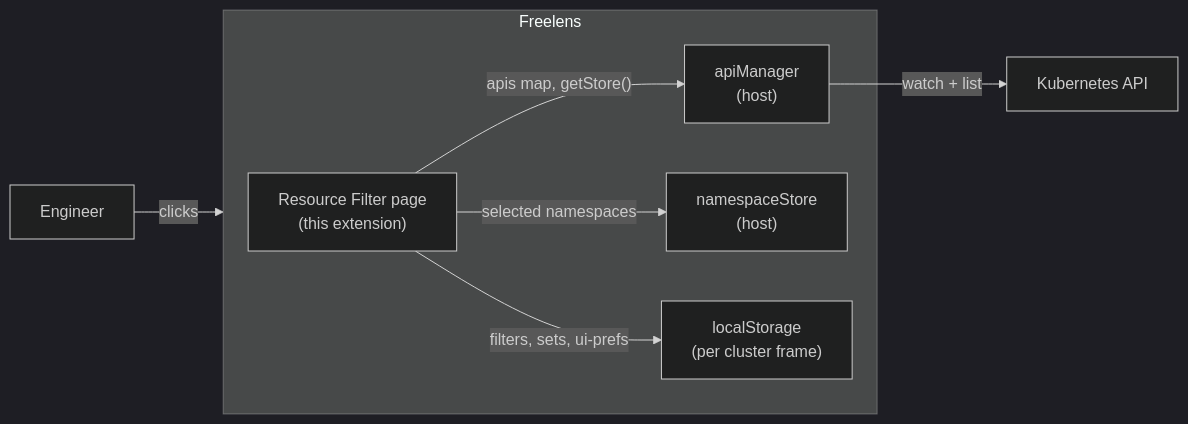
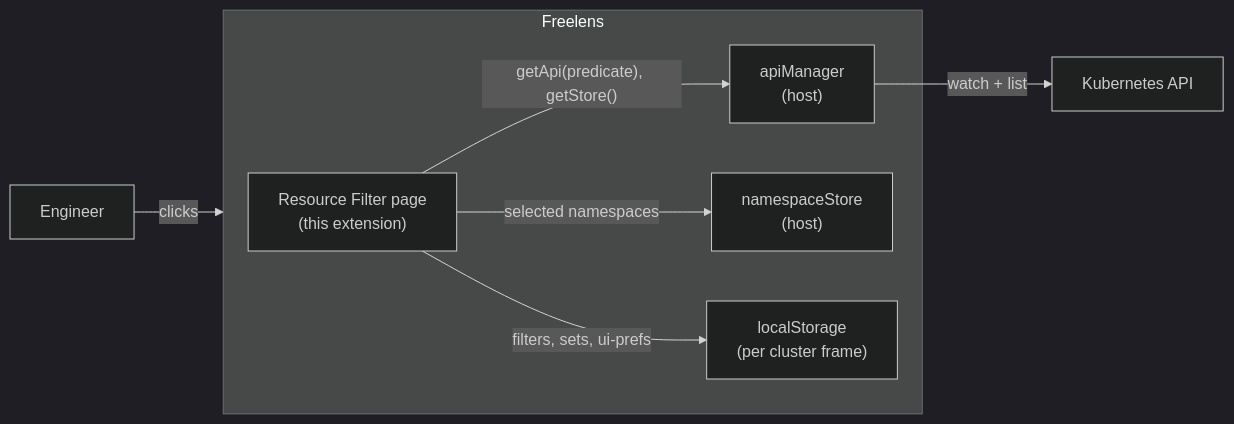
The first of 2 diagrams in docs/ARCHITECTURE.md (mojish/freelens-resource-filter-extension), drawn with Mermaid (dark theme) before and after one commit. The commit also changed other lines of this file and 23 other files, not shown here.

````diff
--- a/docs/ARCHITECTURE.md
+++ b/docs/ARCHITECTURE.md
@@ -24,14 +24,14 @@
 ```mermaid
 flowchart LR
     Eng["Engineer"] -->|clicks| Freelens["Freelens app"]
     subgraph Freelens
         Page["Resource Filter page<br/>(this extension)"]
         AM["apiManager<br/>(host)"]
         NS["namespaceStore<br/>(host)"]
         LS["localStorage<br/>(per cluster frame)"]
     end
-    Page -->|"apis map, getStore()"| AM
+    Page -->|"getApi(predicate), getStore()"| AM
     Page -->|"selected namespaces"| NS
     Page -->|"filters, sets, ui-prefs"| LS
     AM -->|"watch + list"| K8s["Kubernetes API"]
 ```
````
